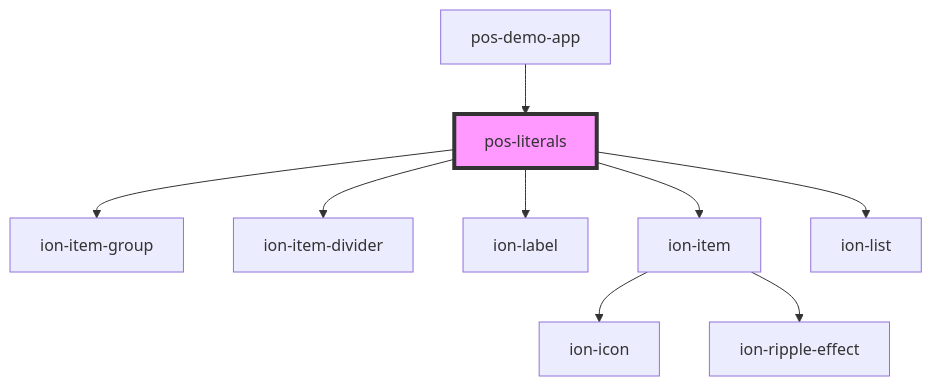
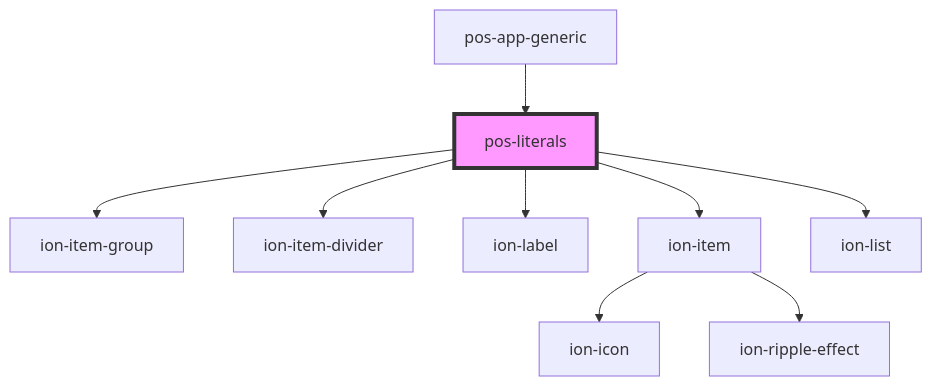
Before and after one commit to pod-os/PodOS: the diagram in elements/src/components/pos-literals/readme.md, drawn with Mermaid. The commit also changed other lines of this file and 7 other files, not shown here.

````diff
--- a/elements/src/components/pos-literals/readme.md
+++ b/elements/src/components/pos-literals/readme.md
@@ -30,12 +30,12 @@
 ```mermaid
 graph TD;
   pos-literals --> ion-item-group
   pos-literals --> ion-item-divider
   pos-literals --> ion-label
   pos-literals --> ion-item
   pos-literals --> ion-list
   ion-item --> ion-icon
   ion-item --> ion-ripple-effect
-  pos-demo-app --> pos-literals
+  pos-app-generic --> pos-literals
   style pos-literals fill:#f9f,stroke:#333,stroke-width:4px
 ```
````
